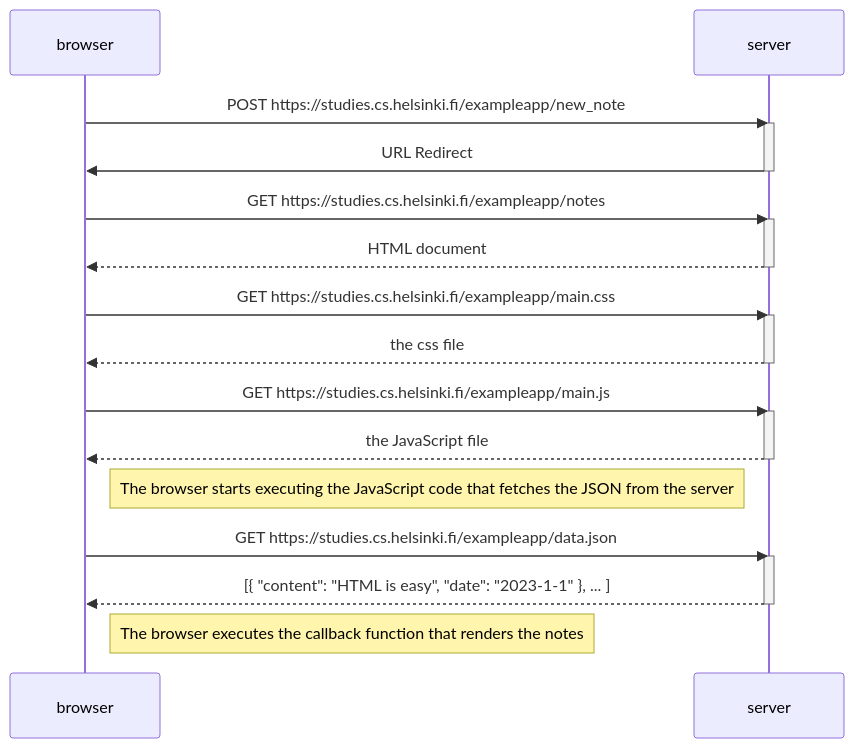
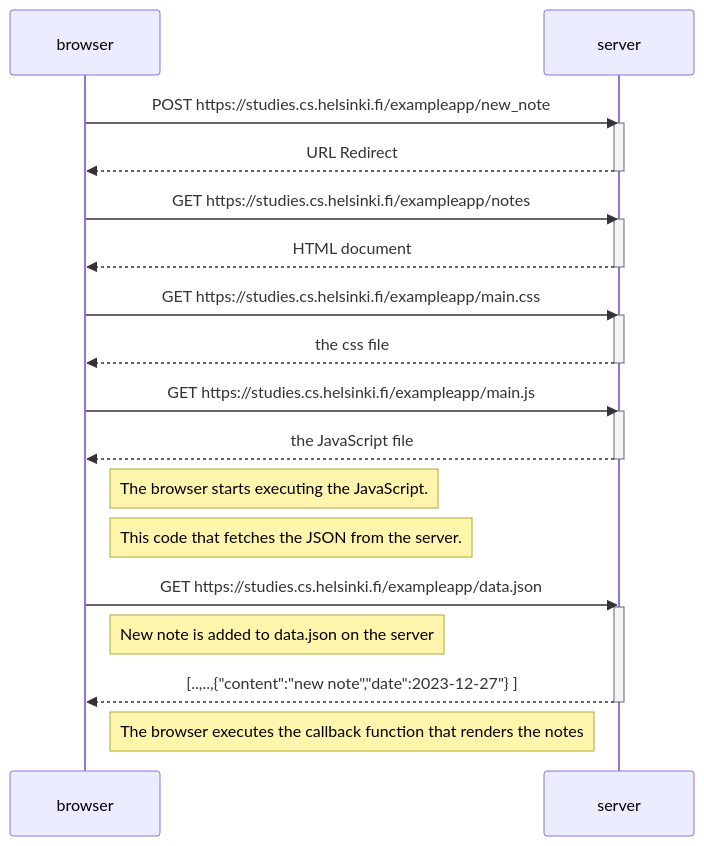
Before and after one commit to kgcodex/Full_Stack_course: the diagram in Part_0/0_4_part1.md, drawn with Mermaid.

Commit message:
Part0_0.4

````diff
--- a/Part_0/0_4_part1.md
+++ b/Part_0/0_4_part1.md
@@ -12,35 +12,37 @@
 ```mermaid
 sequenceDiagram
     participant browser
     participant server
 
     browser->>server: POST https://studies.cs.helsinki.fi/exampleapp/new_note
     activate server
-    server->>browser: URL Redirect
+    server-->>browser: URL Redirect
     deactivate server
 
     browser->>server: GET https://studies.cs.helsinki.fi/exampleapp/notes
     activate server
     server-->>browser: HTML document
     deactivate server
 
     browser->>server: GET https://studies.cs.helsinki.fi/exampleapp/main.css
     activate server
     server-->>browser: the css file
     deactivate server
 
     browser->>server: GET https://studies.cs.helsinki.fi/exampleapp/main.js
     activate server
     server-->>browser: the JavaScript file
     deactivate server
 
-    Note right of browser: The browser starts executing the JavaScript code that fetches the JSON from the server
+    Note right of browser: The browser starts executing the JavaScript.
+    Note right of browser: This code that fetches the JSON from the server.
 
     browser->>server: GET https://studies.cs.helsinki.fi/exampleapp/data.json
     activate server
-    server-->>browser: [{ "content": "HTML is easy", "date": "2023-1-1" }, ... ]
+    Note right of browser: New note is added to data.json on the server
+    server-->>browser: [..,..,{"content":"new note","date":2023-12-27"} ]
     deactivate server
 
     Note right of browser: The browser executes the callback function that renders the notes
 
 ```
````
